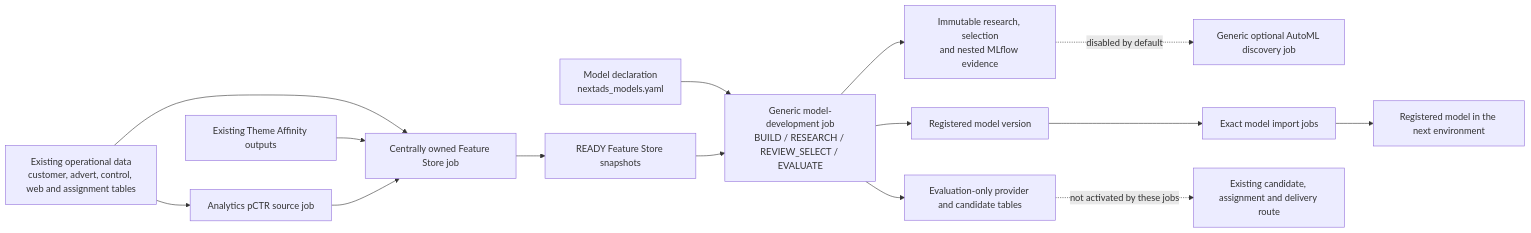
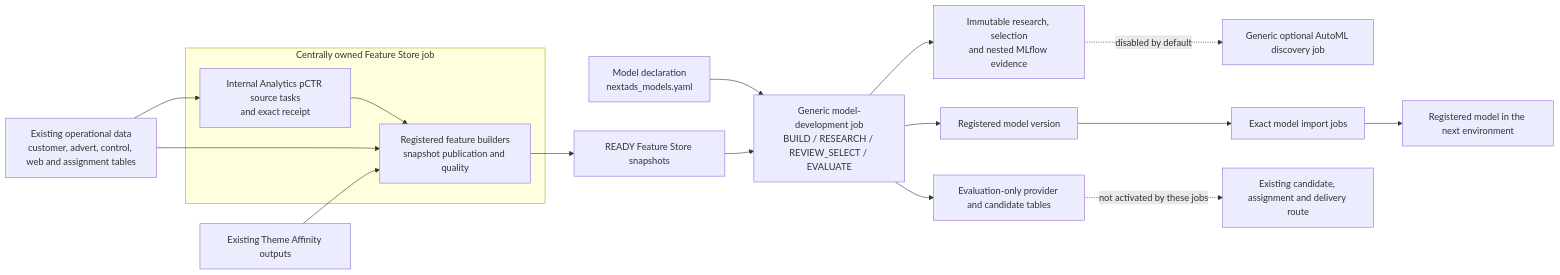
Before and after one commit to swblain-glyndwr/personal_project: the second of 2 diagrams in docs/architecture/nextads_job_table_flow.md, drawn with Mermaid. The commit also changed other lines of this file and 26 other files, not shown here.

````diff
--- a/docs/architecture/nextads_job_table_flow.md
+++ b/docs/architecture/nextads_job_table_flow.md
@@ -90,32 +91,34 @@
 ```mermaid
 flowchart LR
   operational["Existing operational data<br/>customer, advert, control, web and assignment tables"]
   theme["Existing Theme Affinity outputs"]
-  analytics_source["Analytics pCTR source job"]
-  feature_store["Centrally owned Feature Store job"]
+  subgraph feature_store_job["Centrally owned Feature Store job"]
+    analytics_source["Internal Analytics pCTR source tasks<br/>and exact receipt"]
+    feature_store["Registered feature builders<br/>snapshot publication and quality"]
+    analytics_source --> feature_store
+  end
   features["READY Feature Store snapshots"]
   declaration["Model declaration<br/>nextads_models.yaml"]
   model_dev["Generic model-development job<br/>BUILD / RESEARCH / REVIEW_SELECT / EVALUATE"]
   research_evidence["Immutable research, selection<br/>and nested MLflow evidence"]
   automl["Generic optional AutoML discovery job"]
   model_evaluation["Evaluation-only provider and candidate tables"]
   model_registry["Registered model version"]
   promotion["Exact model import jobs"]
   next_env["Registered model in the next environment"]
   live["Existing candidate, assignment and delivery route"]
 
   operational --> analytics_source
   operational --> feature_store
   theme --> feature_store
-  analytics_source --> feature_store
   feature_store --> features
   declaration --> model_dev
   features --> model_dev
   model_dev --> model_registry
   model_dev --> model_evaluation
   model_dev --> research_evidence
   research_evidence -. "disabled by default" .-> automl
   model_registry --> promotion --> next_env
 
   model_evaluation -. "not activated by these jobs" .-> live
 ```
````
